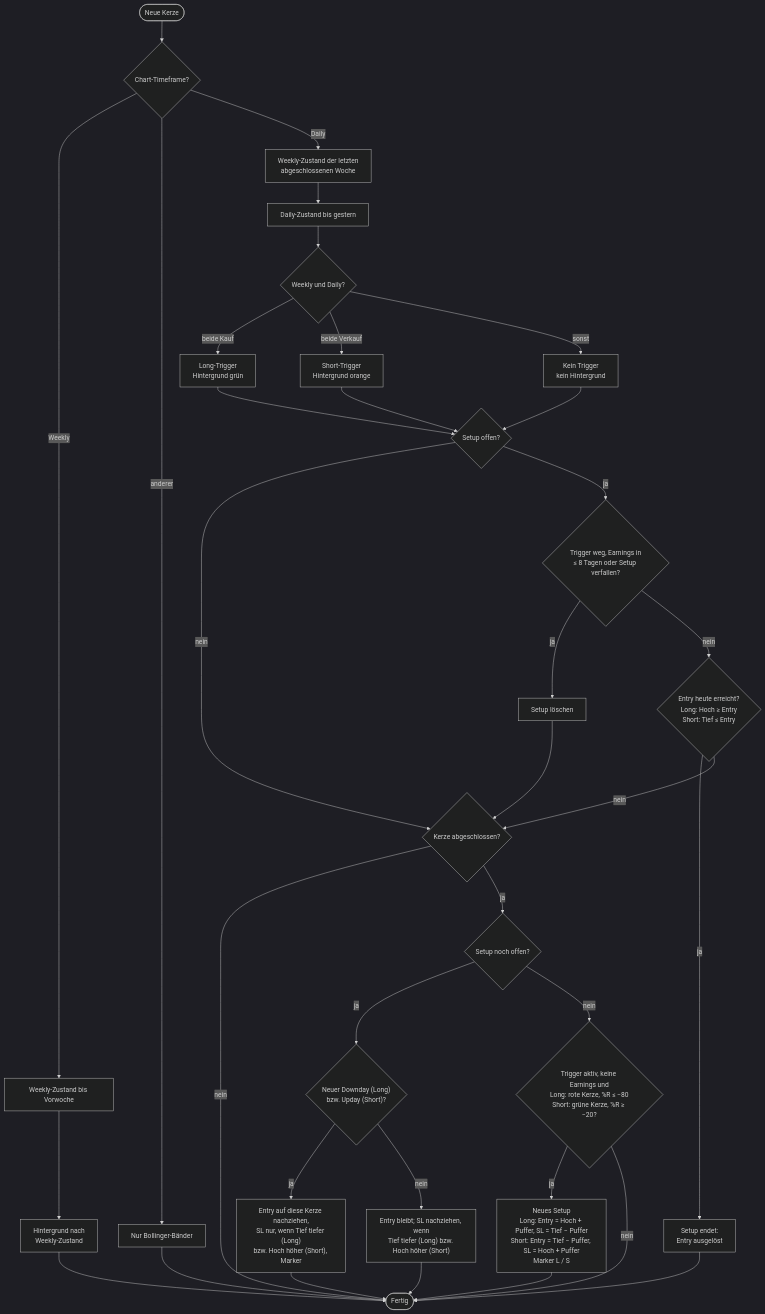
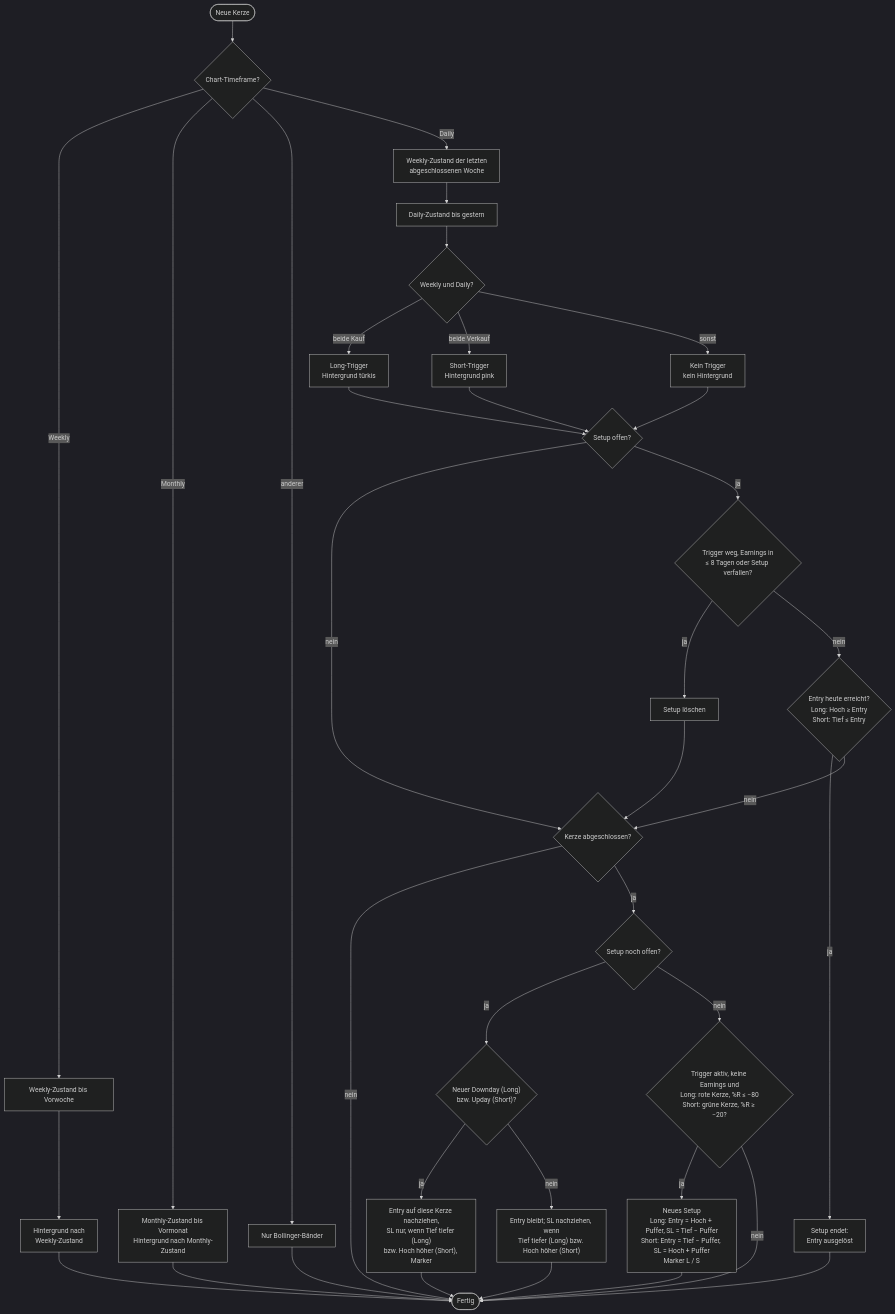
One commit to bbccd/AKJ2 changed the second of 2 diagrams in README.md. Above: the diagram before and after it, drawn with Mermaid (dark theme). The commit also changed other lines of this file, not shown here.

Commit message:
README: Ablaufdiagramm mit aktuellen Farben, Monthly-Chart und Hinweis auf M + W

````diff
--- a/README.md
+++ b/README.md
@@ -104,40 +107,42 @@
 ```mermaid
 flowchart TD
     Start(["Neue Kerze"]) --> TF{"Chart-Timeframe?"}
     TF -- "Weekly" --> W1["Weekly-Zustand bis Vorwoche"]
     W1 --> W2["Hintergrund nach<br/>Weekly-Zustand"]
     W2 --> Ende(["Fertig"])
+    TF -- "Monthly" --> MO["Monthly-Zustand bis Vormonat<br/>Hintergrund nach Monthly-Zustand"]
+    MO --> Ende
     TF -- "anderer" --> X["Nur Bollinger-Bänder"]
     X --> Ende
 
     TF -- "Daily" --> D1["Weekly-Zustand der letzten<br/>abgeschlossenen Woche"]
     D1 --> D2["Daily-Zustand bis gestern"]
     D2 --> T{"Weekly und Daily?"}
-    T -- "beide Kauf" --> TL["Long-Trigger<br/>Hintergrund grün"]
-    T -- "beide Verkauf" --> TS["Short-Trigger<br/>Hintergrund orange"]
+    T -- "beide Kauf" --> TL["Long-Trigger<br/>Hintergrund türkis"]
+    T -- "beide Verkauf" --> TS["Short-Trigger<br/>Hintergrund pink"]
     T -- "sonst" --> TN["Kein Trigger<br/>kein Hintergrund"]
     TL --> O
     TS --> O
     TN --> O
 
     O{"Setup offen?"} -- "nein" --> K
     O -- "ja" --> C{"Trigger weg, Earnings in<br/>≤ 8 Tagen oder Setup verfallen?"}
     C -- "ja" --> CX["Setup löschen"]
     CX --> K
     C -- "nein" --> F{"Entry heute erreicht?<br/>Long: Hoch ≥ Entry<br/>Short: Tief ≤ Entry"}
     F -- "ja" --> FX["Setup endet:<br/>Entry ausgelöst"]
     FX --> Ende
     F -- "nein" --> K
 
     K{"Kerze abgeschlossen?"} -- "nein" --> Ende
     K -- "ja" --> M{"Setup noch offen?"}
     M -- "ja" --> MV{"Neuer Downday (Long)<br/>bzw. Upday (Short)?"}
     MV -- "ja" --> MVX["Entry auf diese Kerze nachziehen,<br/>SL nur, wenn Tief tiefer (Long)<br/>bzw. Hoch höher (Short), Marker"]
     MV -- "nein" --> SLX["Entry bleibt; SL nachziehen, wenn<br/>Tief tiefer (Long) bzw. Hoch höher (Short)"]
     SLX --> Ende
     MVX --> Ende
     M -- "nein" --> NS{"Trigger aktiv, keine Earnings und<br/>Long: rote Kerze, %R ≤ −80<br/>Short: grüne Kerze, %R ≥ −20?"}
     NS -- "ja" --> NSX["Neues Setup<br/>Long: Entry = Hoch + Puffer, SL = Tief − Puffer<br/>Short: Entry = Tief − Puffer, SL = Hoch + Puffer<br/>Marker L / S"]
     NS -- "nein" --> Ende
     NSX --> Ende
 ```
````
